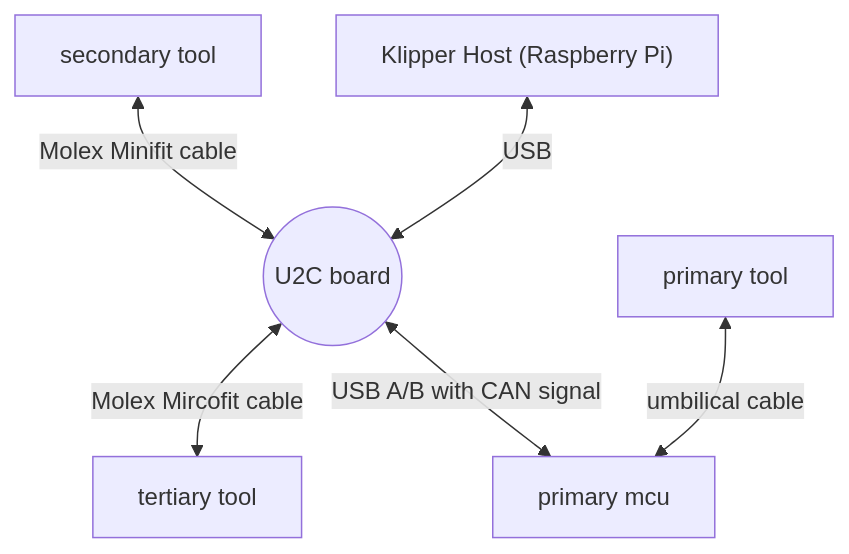
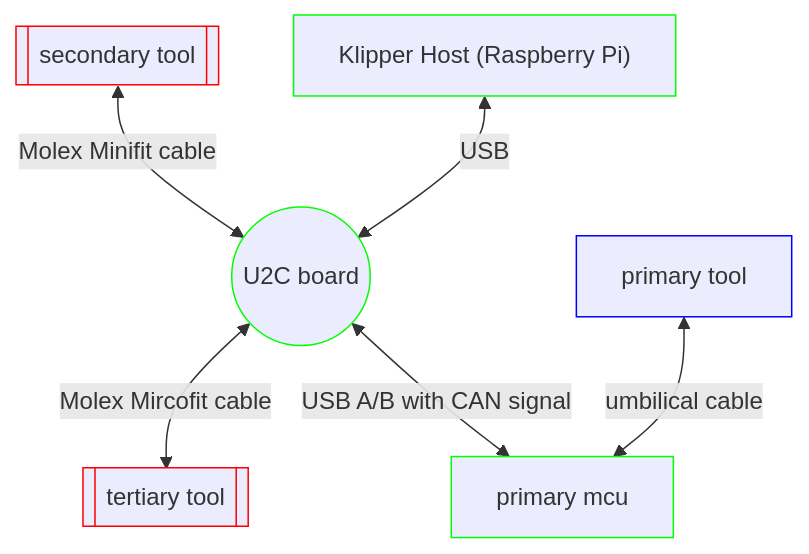
One commit to willpuckett/kb_can changed the third of 9 diagrams in can.md. Above: the diagram before and after it, drawn with Mermaid. The commit also changed other lines of this file and 1 other file, not shown here.

````diff
--- a/can.md
+++ b/can.md
@@ -158,15 +176,19 @@
 ```mermaid
 graph TD;
-    sbc["Klipper Host (Raspberry Pi)"]
-    u2c((U2C board))
-    t0[primary tool]
-    t1[secondary tool]
-    t2[tertiary tool]
-    primary[primary mcu]
+    classDef term stroke:#f00
+    classDef can stroke:#0f0
+    classDef nc stroke:#00f
+
+    sbc["Klipper Host (Raspberry Pi)"]:::can
+    u2c((U2C board)):::can
+    t0[primary tool]:::nc
+    t1[[secondary tool]]:::term
+    t2[[tertiary tool]]:::term
+    primary[primary mcu]:::can
 
     t1 <--Molex Minifit cable--> u2c
     sbc <--USB--> u2c 
     u2c <--Molex Mircofit cable-->  t2 
     u2c <-- USB A/B with CAN signal--> primary
     t0 <-- umbilical cable--> primary 
 ```
````
